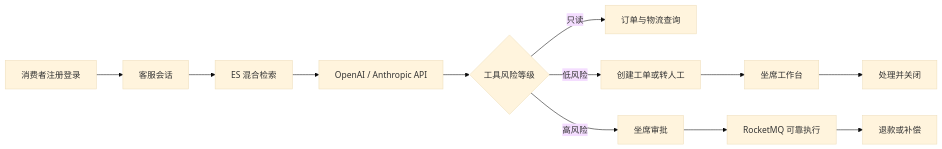
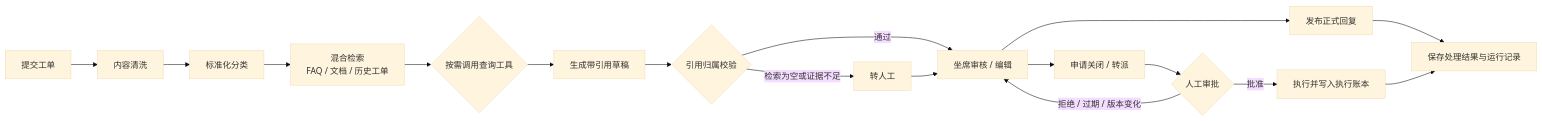
One commit to lqq151510/SupportFlow-AI changed the diagram in PLAN.md. Above: the diagram before and after it, drawn with Mermaid (base theme). The commit also changed other lines of this file and 102 other files, not shown here.

````diff
--- a/PLAN.md
+++ b/PLAN.md
@@ -9,14 +9,19 @@
 ```mermaid
 flowchart LR
-    Customer["消费者注册登录"] --> Chat["客服会话"]
-    Chat --> Retrieval["ES 混合检索"]
-    Retrieval --> Model["OpenAI / Anthropic API"]
-    Model --> Tool{"工具风险等级"}
-    Tool -->|只读| Commerce["订单与物流查询"]
-    Tool -->|低风险| Ticket["创建工单或转人工"]
-    Tool -->|高风险| Approval["坐席审批"]
-    Approval --> MQ["RocketMQ 可靠执行"]
-    MQ --> Refund["退款或补偿"]
-    Ticket --> Agent["坐席工作台"]
-    Agent --> Resolve["处理并关闭"]
+    Submit["提交工单"] --> Clean["内容清洗"]
+    Clean --> Classify["标准化分类"]
+    Classify --> Retrieve["混合检索<br/>FAQ / 文档 / 历史工单"]
+    Retrieve --> Tools{"按需调用查询工具"}
+    Tools --> Draft["生成带引用草稿"]
+    Draft --> Verify{"引用归属校验"}
+    Verify -->|通过| Review["坐席审核 / 编辑"]
+    Verify -->|检索为空或证据不足| Human["转人工"]
+    Review --> Publish["发布正式回复"]
+    Review --> Propose["申请关闭 / 转派"]
+    Propose --> Approve{"人工审批"}
+    Approve -->|批准| Execute["执行并写入执行账本"]
+    Approve -->|拒绝 / 过期 / 版本变化| Review
+    Publish --> Trace["保存处理结果与运行记录"]
+    Execute --> Trace
+    Human --> Review
 ```
````
